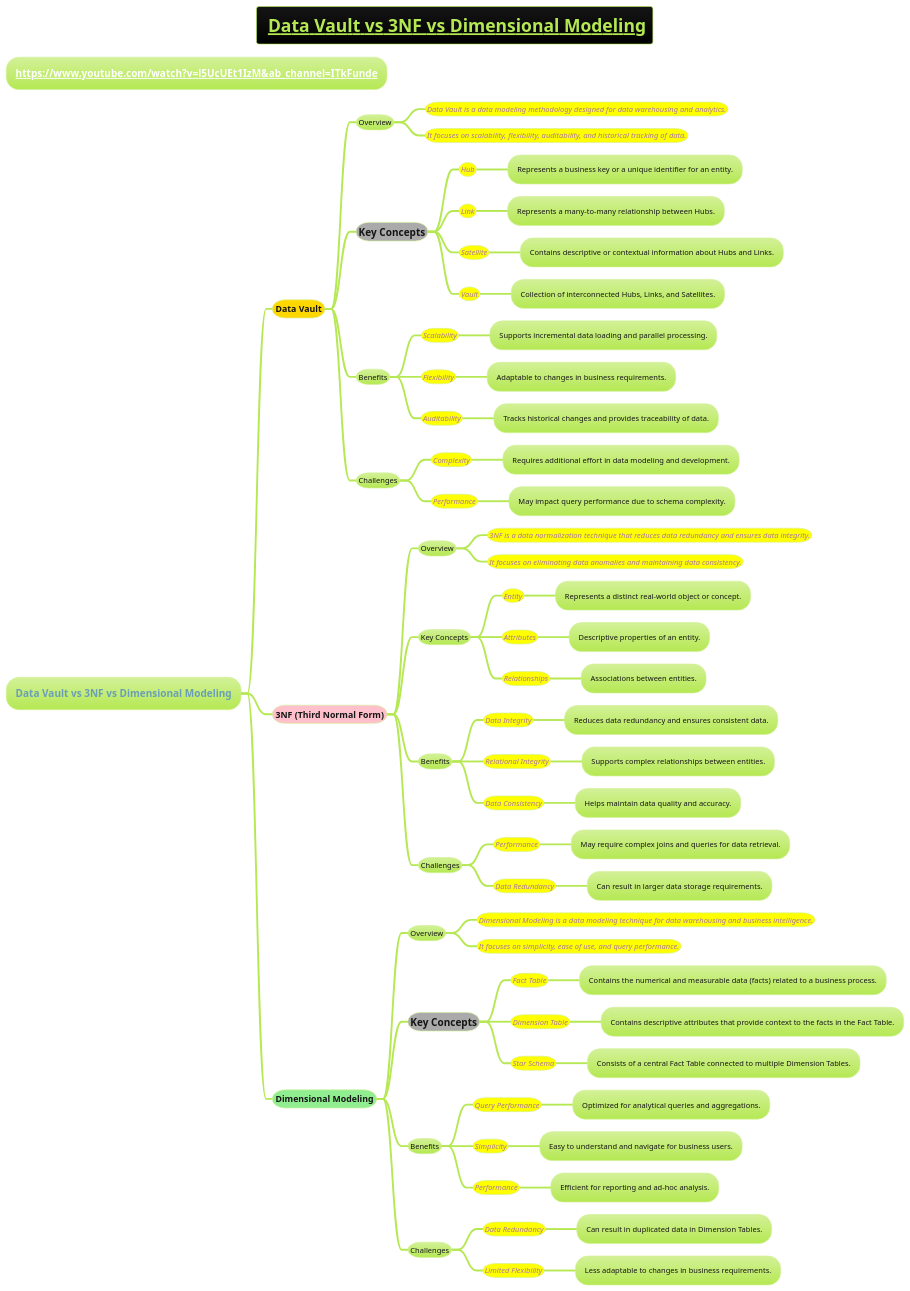
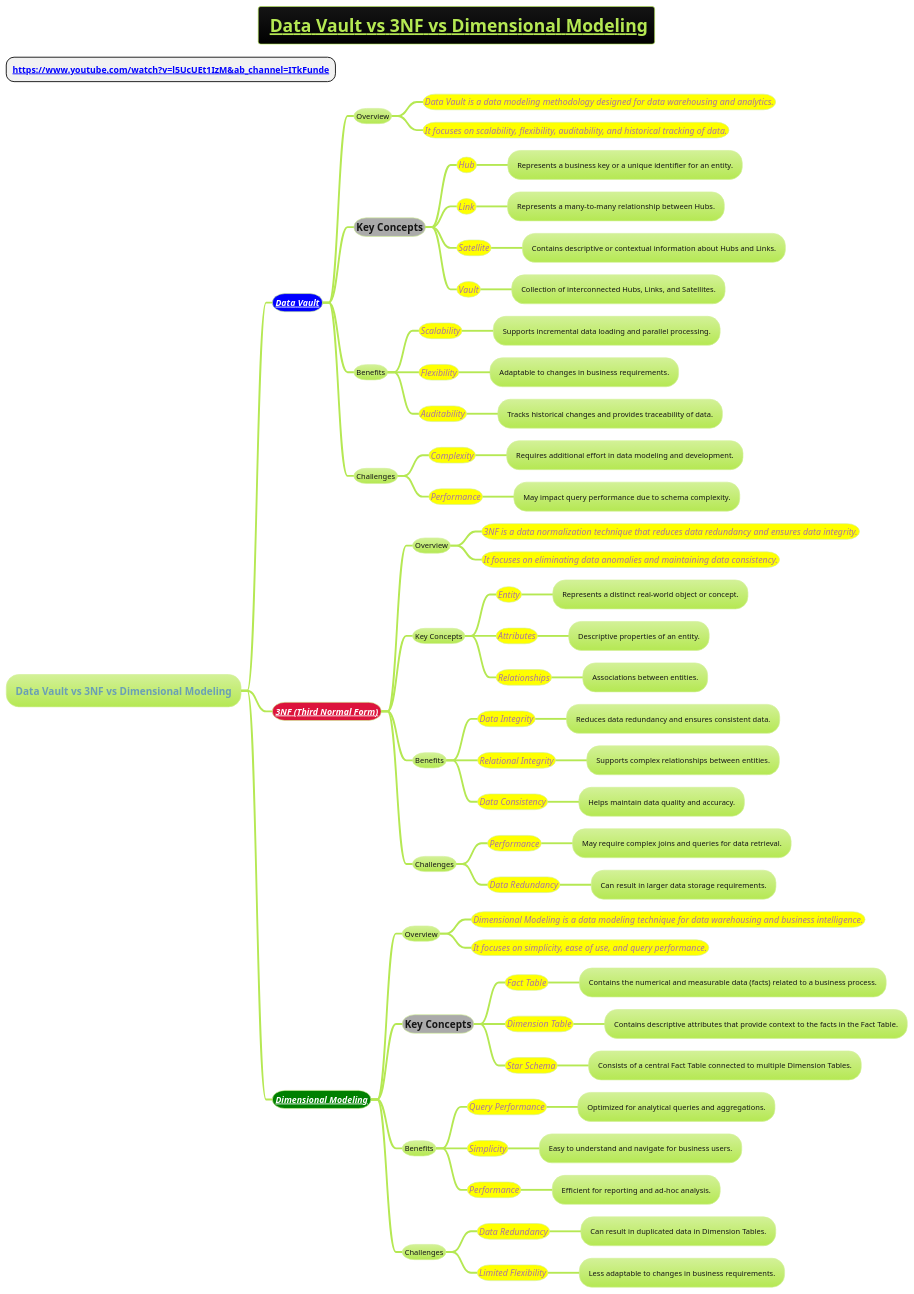
Before and after one commit to MehmoodHashmi/Documentation-as-Code-DaC: the diagram in docs/AI-ML- DL-Data-Science-and-BigData/data-science/data-engineering/data-storage-and-management/modeling-methodology/Data-Vault-vs-3NF-vs-Dimensional-Modeling.puml, drawn with PlantUML. The commit also changed 4 other files, not shown here.

```diff
--- a/docs/AI-ML- DL-Data-Science-and-BigData/data-science/data-engineering/data-storage-and-management/modeling-methodology/Data-Vault-vs-3NF-vs-Dimensional-Modeling.puml
+++ b/docs/AI-ML- DL-Data-Science-and-BigData/data-science/data-engineering/data-storage-and-management/modeling-methodology/Data-Vault-vs-3NF-vs-Dimensional-Modeling.puml
@@ -1,79 +1,79 @@
 @startmindmap
 title =__ Data Vault vs 3NF vs Dimensional Modeling__
+* **[[https://www.youtube.com/watch?v=l5UcUEt1IzM&ab_channel=ITkFunde]]**
+
 !theme hacker
 
-* **[[https://www.youtube.com/watch?v=l5UcUEt1IzM&ab_channel=ITkFunde]]**
-
 * Data Vault vs 3NF vs Dimensional Modeling
-**[#gold] Data Vault
+**[#blue] ====[[Data-Vault.puml Data Vault]]
 *** Overview
-****[#yellow] ====<size:12>Data Vault is a data modeling methodology designed for data warehousing and analytics.
-****[#yellow] ====<size:12>It focuses on scalability, flexibility, auditability, and historical tracking of data.
+****[#yellow] ====<size:14>Data Vault is a data modeling methodology designed for data warehousing and analytics.
+****[#yellow] ====<size:14>It focuses on scalability, flexibility, auditability, and historical tracking of data.
 ***[#a] =Key Concepts
-****[#yellow] ====<size:12>Hub
+****[#yellow] ====<size:14>Hub
 ***** Represents a business key or a unique identifier for an entity.
-****[#yellow] ====<size:12>Link
+****[#yellow] ====<size:14>Link
 ***** Represents a many-to-many relationship between Hubs.
-****[#yellow] ====<size:12>Satellite
+****[#yellow] ====<size:14>Satellite
 ***** Contains descriptive or contextual information about Hubs and Links.
-****[#yellow] ====<size:12>Vault
+****[#yellow] ====<size:14>Vault
 ***** Collection of interconnected Hubs, Links, and Satellites.
 *** Benefits
-****[#yellow] ====<size:12>Scalability
+****[#yellow] ====<size:14>Scalability
 ***** Supports incremental data loading and parallel processing.
-****[#yellow] ====<size:12>Flexibility
+****[#yellow] ====<size:14>Flexibility
 ***** Adaptable to changes in business requirements.
-****[#yellow] ====<size:12>Auditability
+****[#yellow] ====<size:14>Auditability
 ***** Tracks historical changes and provides traceability of data.
 *** Challenges
-****[#yellow] ====<size:12>Complexity
+****[#yellow] ====<size:14>Complexity
 ***** Requires additional effort in data modeling and development.
-****[#yellow] ====<size:12>Performance
+****[#yellow] ====<size:14>Performance
 ***** May impact query performance due to schema complexity.
-**[#pink] 3NF (Third Normal Form)
+**[#crimson] ====**[[Third-Normal-Form-(3NF).puml 3NF (Third Normal Form)]]**
 *** Overview
-****[#yellow] ====<size:12>3NF is a data normalization technique that reduces data redundancy and ensures data integrity.
-****[#yellow] ====<size:12>It focuses on eliminating data anomalies and maintaining data consistency.
+****[#yellow] ====<size:14>3NF is a data normalization technique that reduces data redundancy and ensures data integrity.
+****[#yellow] ====<size:14>It focuses on eliminating data anomalies and maintaining data consistency.
 *** Key Concepts
-****[#yellow] ====<size:12>Entity
+****[#yellow] ====<size:14>Entity
 ***** Represents a distinct real-world object or concept.
-****[#yellow] ====<size:12>Attributes
+****[#yellow] ====<size:14>Attributes
 ***** Descriptive properties of an entity.
-****[#yellow] ====<size:12>Relationships
+****[#yellow] ====<size:14>Relationships
 ***** Associations between entities.
 *** Benefits
-****[#yellow] ====<size:12>Data Integrity
+****[#yellow] ====<size:14>Data Integrity
 ***** Reduces data redundancy and ensures consistent data.
-****[#yellow] ====<size:12>Relational Integrity
+****[#yellow] ====<size:14>Relational Integrity
 ***** Supports complex relationships between entities.
-****[#yellow] ====<size:12>Data Consistency
+****[#yellow] ====<size:14>Data Consistency
 ***** Helps maintain data quality and accuracy.
 *** Challenges
-****[#yellow] ====<size:12>Performance
+****[#yellow] ====<size:14>Performance
 ***** May require complex joins and queries for data retrieval.
-****[#yellow] ====<size:12>Data Redundancy
+****[#yellow] ====<size:14>Data Redundancy
 ***** Can result in larger data storage requirements.
-**[#lightgreen] Dimensional Modeling
+**[#green] ====**[[../../../../../books/1-books-backlog/DBMS/Dimensional-Modeling.puml Dimensional Modeling]]**
 *** Overview
-****[#yellow] ====<size:12>Dimensional Modeling is a data modeling technique for data warehousing and business intelligence.
-****[#yellow] ====<size:12>It focuses on simplicity, ease of use, and query performance.
+****[#yellow] ====<size:14>Dimensional Modeling is a data modeling technique for data warehousing and business intelligence.
+****[#yellow] ====<size:14>It focuses on simplicity, ease of use, and query performance.
 ***[#a] =Key Concepts
-****[#yellow] ====<size:12>Fact Table
+****[#yellow] ====<size:14>Fact Table
 ***** Contains the numerical and measurable data (facts) related to a business process.
-****[#yellow] ====<size:12>Dimension Table
+****[#yellow] ====<size:14>Dimension Table
 ***** Contains descriptive attributes that provide context to the facts in the Fact Table.
-****[#yellow] ====<size:12>Star Schema
+****[#yellow] ====<size:14>Star Schema
 ***** Consists of a central Fact Table connected to multiple Dimension Tables.
 *** Benefits
-****[#yellow] ====<size:12>Query Performance
+****[#yellow] ====<size:14>Query Performance
 ***** Optimized for analytical queries and aggregations.
-****[#yellow] ====<size:12>Simplicity
+****[#yellow] ====<size:14>Simplicity
 ***** Easy to understand and navigate for business users.
-****[#yellow] ====<size:12>Performance
+****[#yellow] ====<size:14>Performance
 ***** Efficient for reporting and ad-hoc analysis.
 *** Challenges
-****[#yellow] ====<size:12>Data Redundancy
+****[#yellow] ====<size:14>Data Redundancy
 ***** Can result in duplicated data in Dimension Tables.
-****[#yellow] ====<size:12>Limited Flexibility
+****[#yellow] ====<size:14>Limited Flexibility
 ***** Less adaptable to changes in business requirements.
 @endmindmap
```
